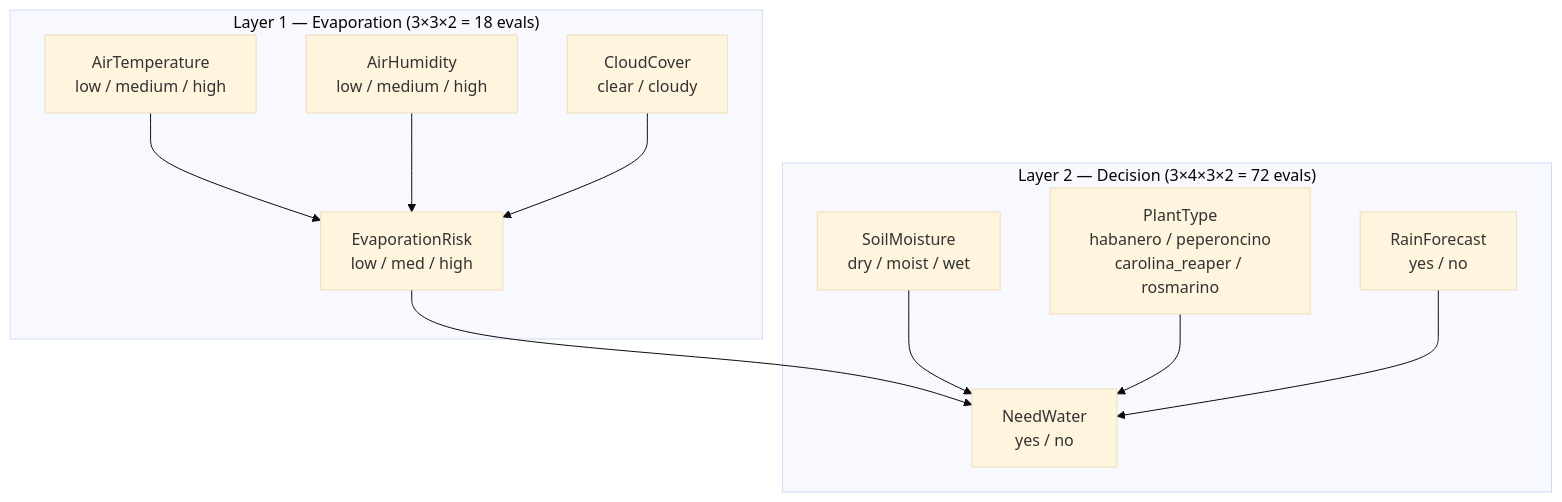
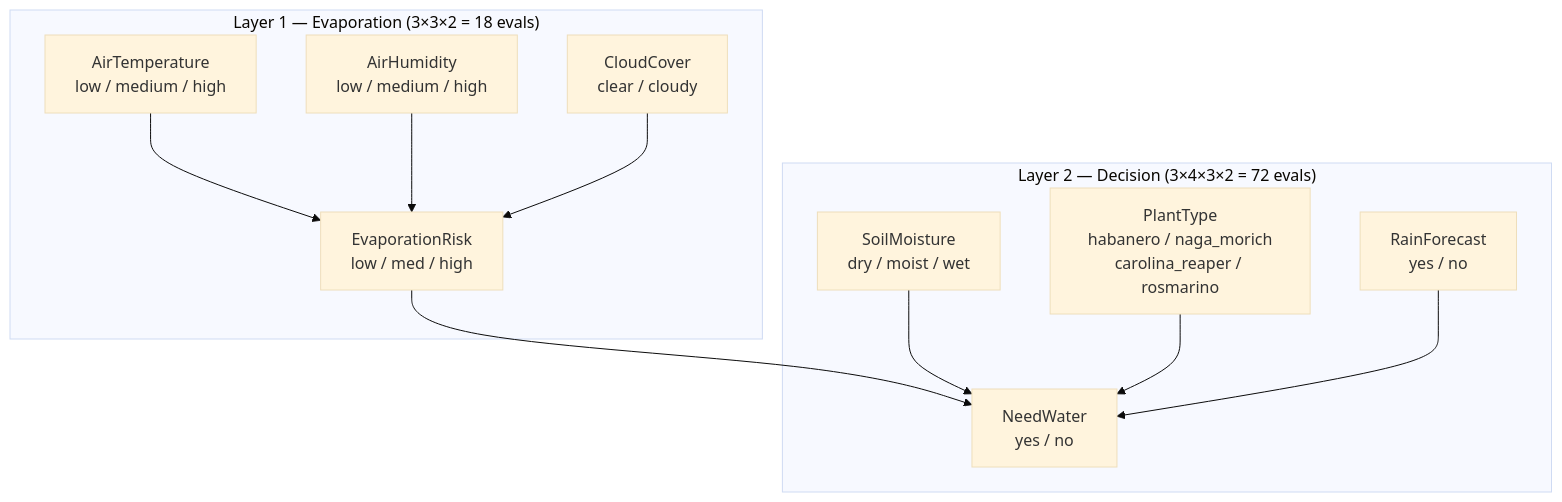
One commit to AleMuzzi/SmartSprinkler changed the first of 2 diagrams in BayesianSprinkler/README.md. Above: the diagram before and after it, drawn with Mermaid (base theme). The commit also changed other lines of this file and 11 other files, not shown here.

First line of the commit message:
Valve routing, Arduino Nano sensor hub, Naga Morich rename

````diff
--- a/BayesianSprinkler/README.md
+++ b/BayesianSprinkler/README.md
@@ -11,23 +11,23 @@
 ```mermaid
 graph TD
     subgraph "Layer 1 — Evaporation (3×3×2 = 18 evals)"
         AT[AirTemperature<br/>low / medium / high]
         AH[AirHumidity<br/>low / medium / high]
         CC[CloudCover<br/>clear / cloudy]
         ER[EvaporationRisk<br/>low / med / high]
         AT --> ER
         AH --> ER
         CC --> ER
     end
 
     subgraph "Layer 2 — Decision (3×4×3×2 = 72 evals)"
         SM[SoilMoisture<br/>dry / moist / wet]
-        PT[PlantType<br/>habanero / peperoncino<br/>carolina_reaper / rosmarino]
+        PT[PlantType<br/>habanero / naga_morich<br/>carolina_reaper / rosmarino]
         RF[RainForecast<br/>yes / no]
         NW[NeedWater<br/>yes / no]
         ER --> NW
         SM --> NW
         PT --> NW
         RF --> NW
     end
 ```
````
